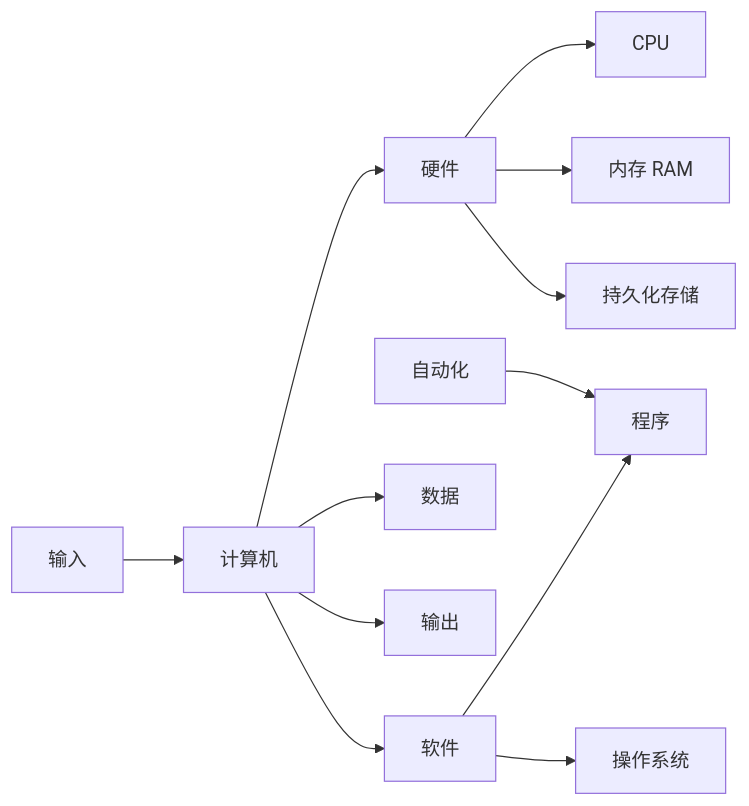
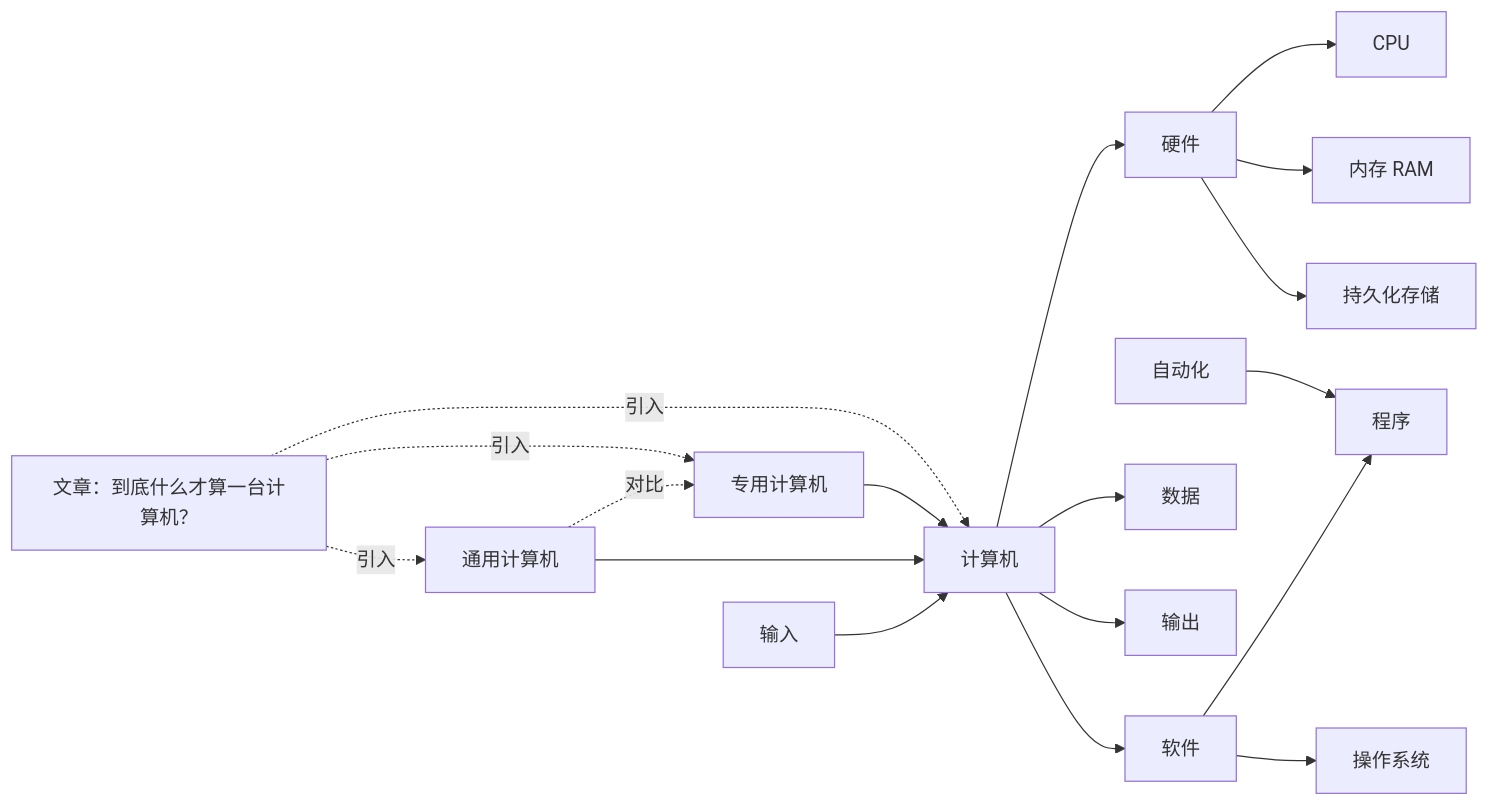
Before and after one commit to FeiGePro/computer-world-guide: the diagram in graph/overview.mmd, drawn with Mermaid. The commit also changed 15 other files, not shown here.

```diff
--- a/graph/overview.mmd
+++ b/graph/overview.mmd
@@ -1,12 +1,22 @@
 flowchart LR
+    Article[文章：到底什么才算一台计算机？]
+
     Computer[计算机] --> Hardware[硬件]
     Computer --> Software[软件]
     Computer --> Data[数据]
     Hardware --> CPU[CPU]
     Hardware --> RAM[内存 RAM]
     Hardware --> Storage[持久化存储]
     Software --> Program[程序]
     Software --> OS[操作系统]
     Input[输入] --> Computer
     Computer --> Output[输出]
     Automation[自动化] --> Program
+
+    General[通用计算机] --> Computer
+    Special[专用计算机] --> Computer
+    General -. 对比 .-> Special
+
+    Article -. 引入 .-> Computer
+    Article -. 引入 .-> General
+    Article -. 引入 .-> Special
```
